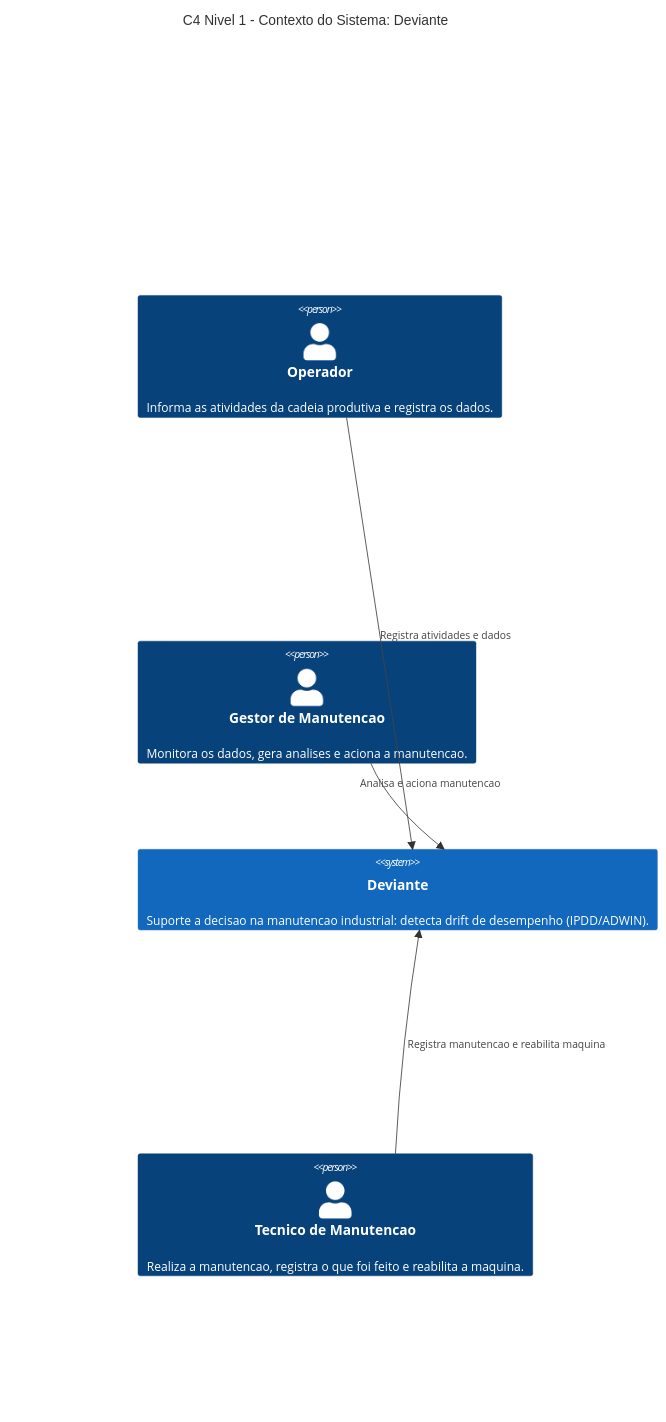
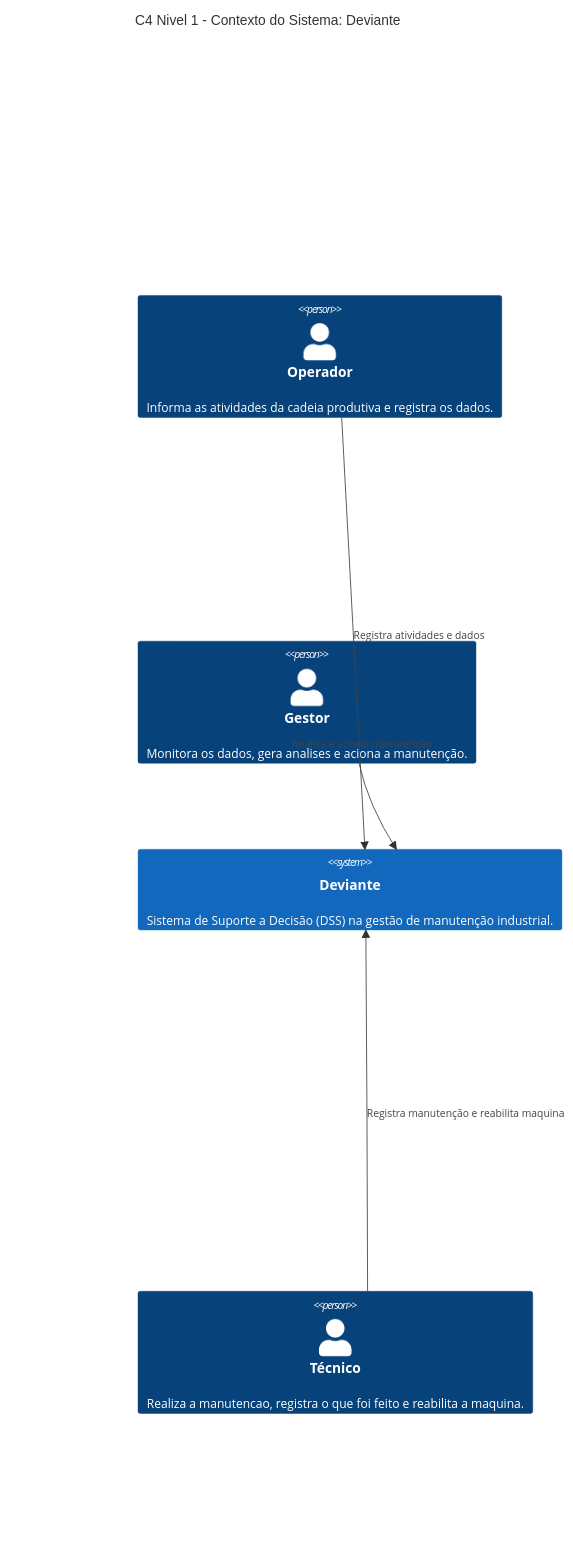
The diagram in architecture/c4/level 1.mmd (aland3r/deviante-docs), drawn with Mermaid before and after one commit. The commit also changed 2 other files, not shown here.

Commit message:
C4 nível 1: textos novos, Deviante mais largo e rótulo do gestor à esquerda
Claude-Session: https://claude.ai/code/session_01AmE5KfE7b9iNvkkPZemtYe

```diff
--- a/architecture/c4/level 1.mmd
+++ b/architecture/c4/level 1.mmd
@@ -1,26 +1,27 @@
+%%{init: {"c4": {"width": 300}}}%%
 C4Context
     title C4 Nivel 1 - Contexto do Sistema: Deviante
 
     System(e1, " ", " ")
     Person(operador, "Operador", "Informa as atividades da cadeia produtiva e registra os dados.")
     System(e2, " ", " ")
-    Person(gestor, "Gestor de Manutencao", "Monitora os dados, gera analises e aciona a manutencao.")
-    System(deviante, "Deviante", "Suporte a decisao na manutencao industrial: detecta drift de desempenho (IPDD/ADWIN).")
+    Person(gestor, "Gestor", "Monitora os dados, gera analises e aciona a manutenção.")
+    System(deviante, "Deviante", "Sistema de Suporte a Decisão (DSS) na gestão de manutenção industrial.")
     System(e3, " ", " ")
     System(e4, " ", " ")
-    Person(tecnico, "Tecnico de Manutencao", "Realiza a manutencao, registra o que foi feito e reabilita a maquina.")
+    Person(tecnico, "Técnico", "Realiza a manutencao, registra o que foi feito e reabilita a maquina.")
     System(e5, " ", " ")
 
     Rel(operador, deviante, "Registra atividades e dados")
-    Rel(gestor, deviante, "Analisa e aciona manutencao")
-    Rel(tecnico, deviante, "Registra manutencao e reabilita maquina")
+    Rel(gestor, deviante, "Analisa e aciona manutenção")
+    Rel(tecnico, deviante, "Registra manutenção e reabilita maquina")
 
-    UpdateRelStyle(gestor, deviante, $offsetX="-55", $offsetY="-30")
+    UpdateRelStyle(gestor, deviante, $offsetX="-100", $offsetY="-75")
 
     UpdateElementStyle(e1, $bgColor="transparent", $borderColor="transparent", $fontColor="transparent")
     UpdateElementStyle(e2, $bgColor="transparent", $borderColor="transparent", $fontColor="transparent")
     UpdateElementStyle(e3, $bgColor="transparent", $borderColor="transparent", $fontColor="transparent")
     UpdateElementStyle(e4, $bgColor="transparent", $borderColor="transparent", $fontColor="transparent")
     UpdateElementStyle(e5, $bgColor="transparent", $borderColor="transparent", $fontColor="transparent")
 
     UpdateLayoutConfig($c4ShapeInRow="3", $c4BoundaryInRow="1")
```
